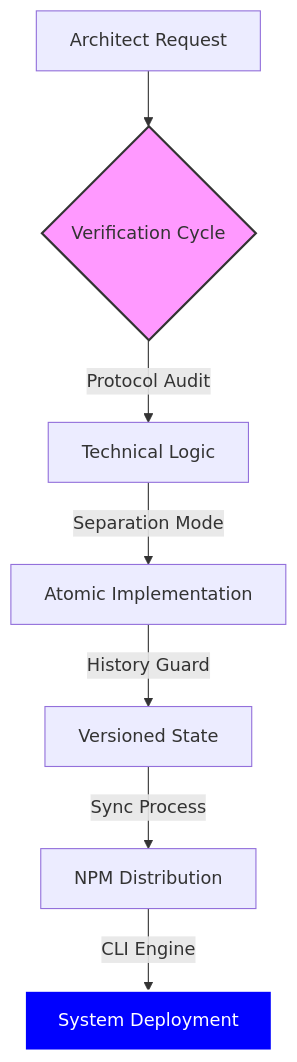
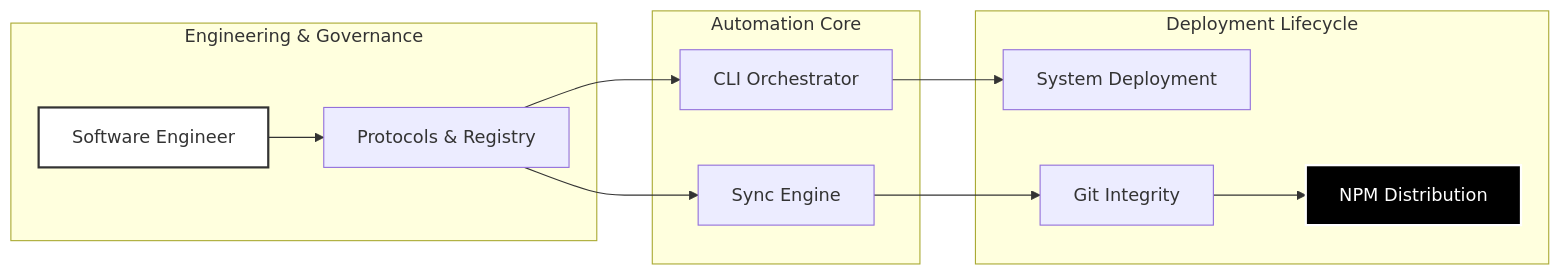
One commit to wistant/dotfiles changed the diagram in README.md. Above: the diagram before and after it, drawn with Mermaid. The commit also changed other lines of this file, not shown here.

Commit message:
docs(readme): overhaul header aesthetics and architectural graph

````diff
--- a/README.md
+++ b/README.md
@@ -32,12 +34,20 @@
 ```mermaid
-graph TD
-    A[Architect Request] --> B{Verification Cycle}
-    B -- Protocol Audit --> C[Technical Logic]
-    C -- Separation Mode --> D[Atomic Implementation]
-    D -- History Guard --> E[Versioned State]
-    E -- Sync Process --> F[NPM Distribution]
-    F -- CLI Engine --> G[System Deployment]
+graph LR
+    subgraph "Engineering & Governance"
+        SE[Software Engineer] --> PR[Protocols & Registry]
+    end
 
-    style B fill:#f9f,stroke:#333,stroke-width:2px
-    style G fill:#00ff,stroke:#fff,stroke-width:2px,color:#fff
+    subgraph "Automation Core"
+        PR --> CLI[CLI Orchestrator]
+        PR --> SYNC[Sync Engine]
+    end
+
+    subgraph "Deployment Lifecycle"
+        CLI --> OS[System Deployment]
+        SYNC --> GIT[Git Integrity]
+        GIT --> NPM[NPM Distribution]
+    end
+
+    style SE fill:#fff,stroke:#333,stroke-width:2px
+    style NPM fill:#000,stroke:#fff,stroke-width:2px,color:#fff
 ```
````
